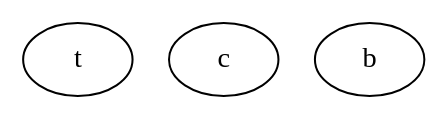
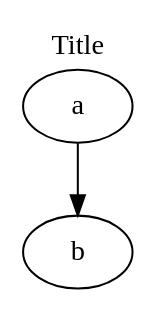
Before and after one commit to sisyphus1212/note: diagram 12 of 12 in other/graphviz/tips.md, drawn with Graphviz.

Commit message:
auto_update

````diff
--- a/other/graphviz/tips.md
+++ b/other/graphviz/tips.md
@@ -237,7 +237,7 @@
 ```graphviz
 digraph {
-  t
-  c
-  b
+  labelloc="t"
+  label="Title"
+  a -> b
 }
 ```
````
